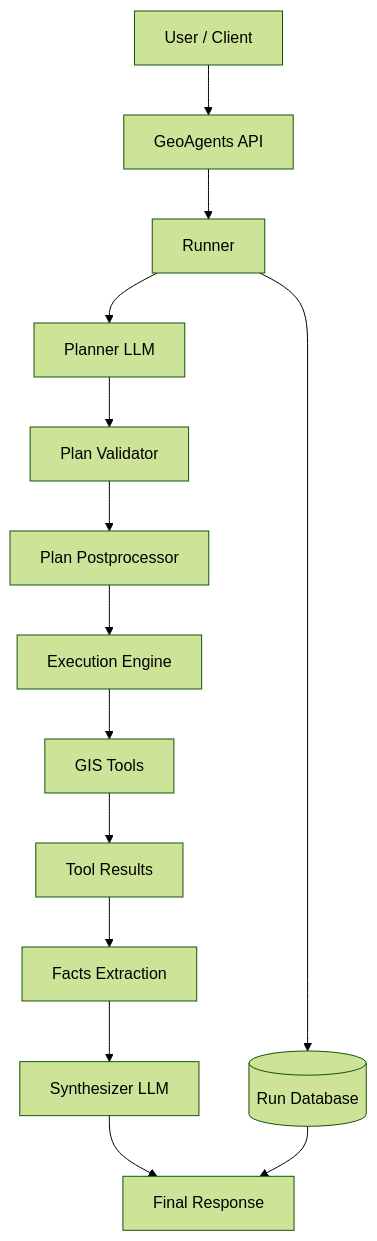
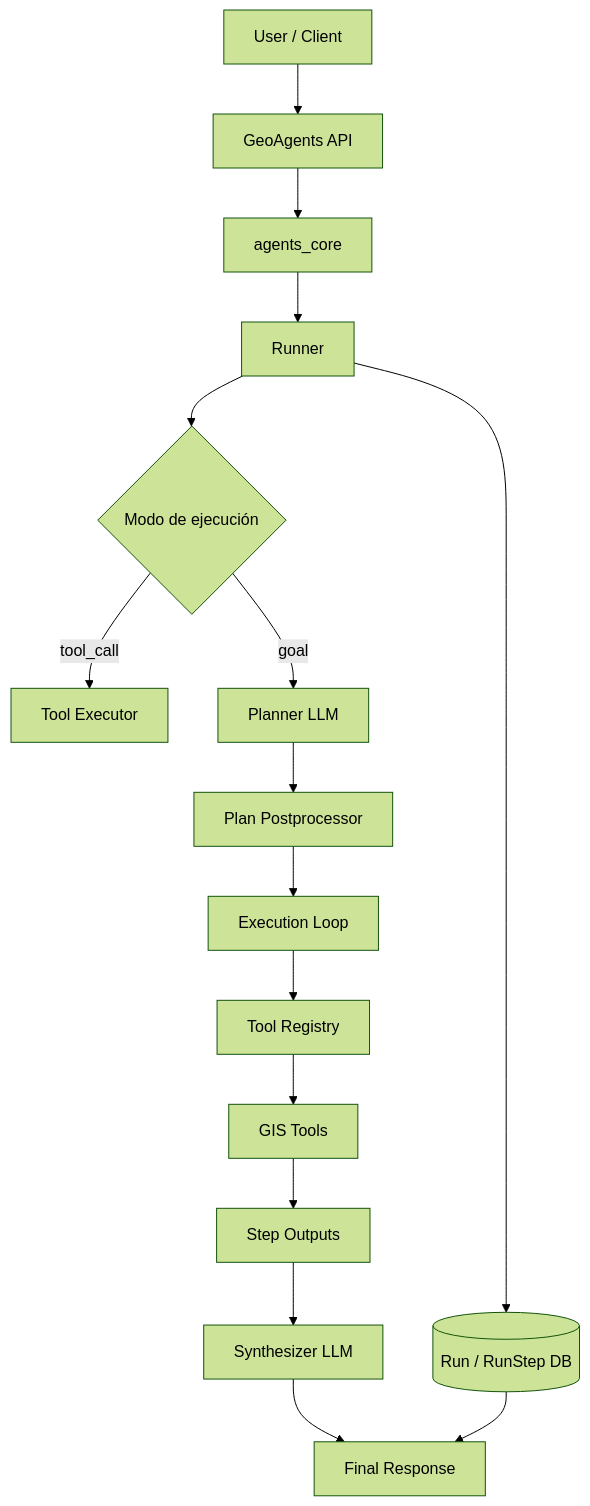
One commit to juaquicar/GeoAgents changed the first of 5 diagrams in docs/diagrams.md. Above: the diagram before and after it, drawn with Mermaid (forest theme). The commit also changed other lines of this file and 4 other files, not shown here.

Commit message:
docs: refresh architecture diagrams and API/usage guides

`````diff
--- a/docs/diagrams.md
+++ b/docs/diagrams.md
@@ -13,27 +14,25 @@
 ```mermaid
 flowchart TD
 
-A[User / Client] --> B[GeoAgents API]
+U[User / Client] --> API[GeoAgents API]
 
-B --> C[Runner]
+API --> RC[agents_core]
+RC --> RUNNER[Runner]
 
-C --> D[Planner LLM]
-D --> E[Plan Validator]
+RUNNER --> M1{Modo de ejecución}
+M1 -->|tool_call| TOOLX[Tool Executor]
+M1 -->|goal| PLAN[Planner LLM]
 
-E --> F[Plan Postprocessor]
+PLAN --> POST[Plan Postprocessor]
+POST --> EXEC[Execution Loop]
 
-F --> G[Execution Engine]
+EXEC --> REG[Tool Registry]
+REG --> GIS[GIS Tools]
+GIS --> OUT[Step Outputs]
 
-G --> H[GIS Tools]
+OUT --> SYN[Synthesizer LLM]
+SYN --> RESP[Final Response]
 
-H --> I[Tool Results]
-I --> J[Facts Extraction]
-
-J --> K[Synthesizer LLM]
-
-K --> L[Final Response]
-
-C --> M[(Run Database)]
-
-M --> L
-````
+RUNNER --> DB[(Run / RunStep DB)]
+DB --> RESP
+```
`````
